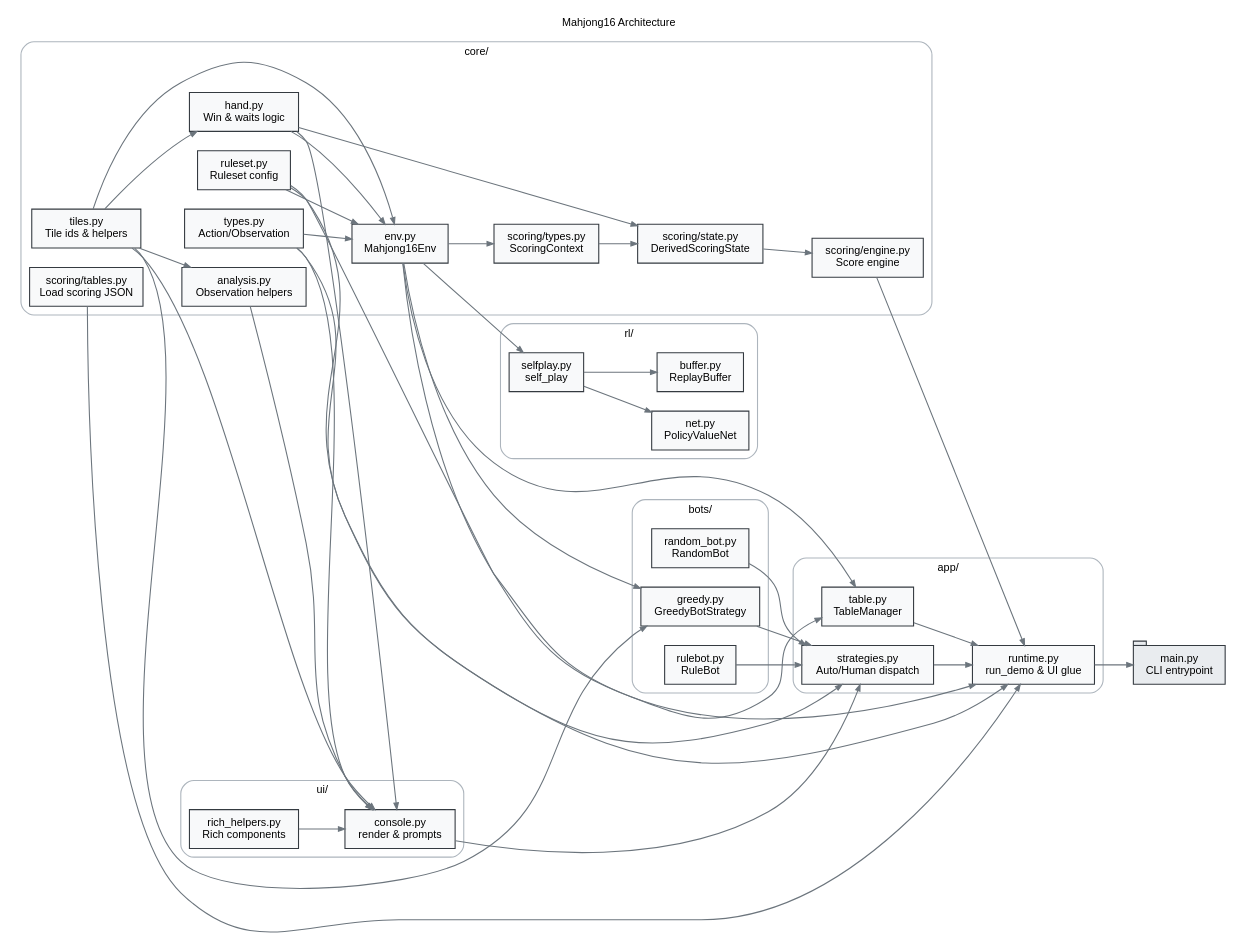
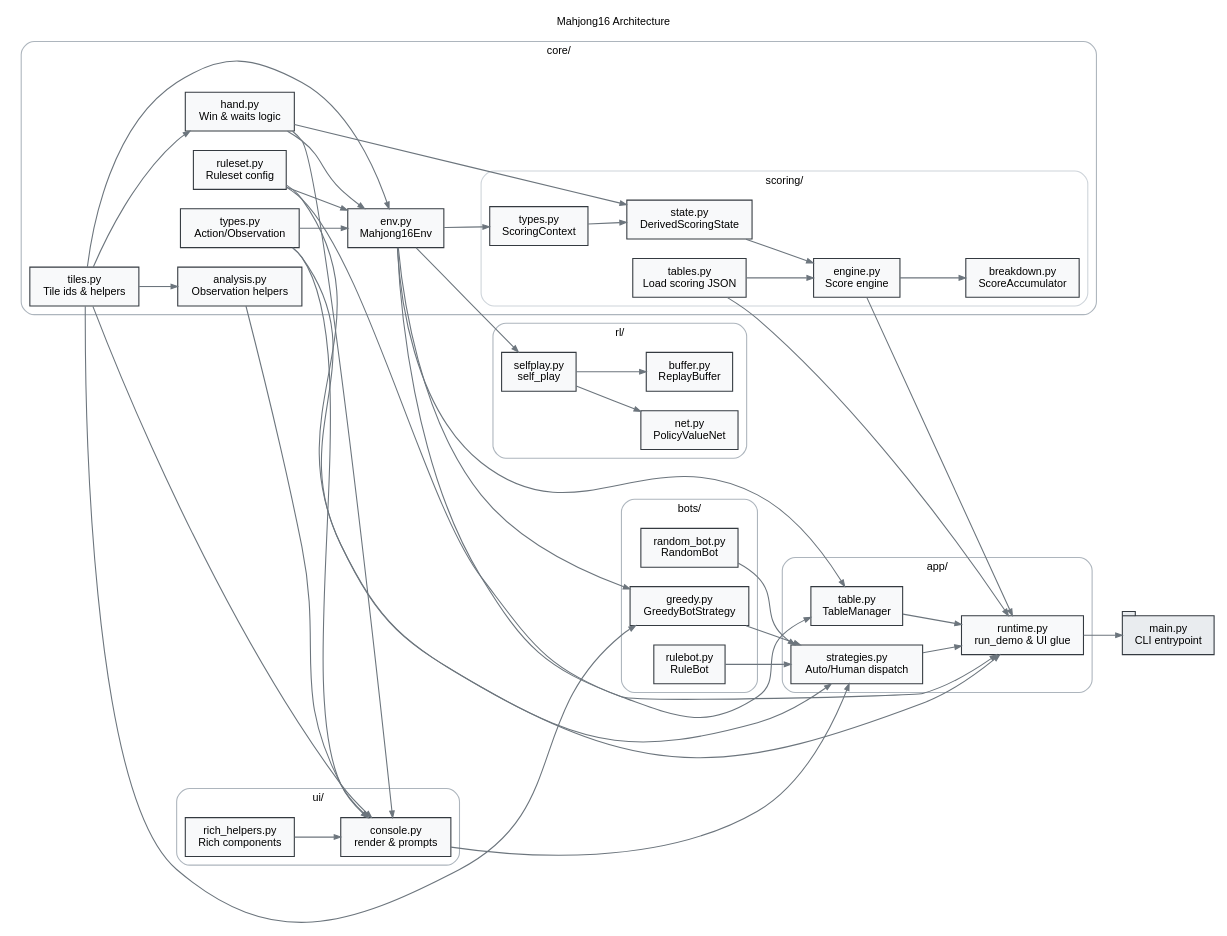
One commit to yuweiiihuang/mahjong16 changed the diagram in docs/architecture/diagram.gv. Above: the diagram before and after it, drawn with Graphviz. The commit also changed 1 other file, not shown here.

Commit message:
doc: update architecture diagram

```diff
--- a/docs/architecture/diagram.gv
+++ b/docs/architecture/diagram.gv
@@ -1,106 +1,117 @@
 // Graphviz diagram of Mahjong16 modules and dependencies
 digraph Mahjong16 {
     graph [rankdir=LR, fontsize=10, fontname="Helvetica", labelloc="t", label="Mahjong16 Architecture"];
     node [shape=box, fontsize=10, fontname="Helvetica", style="filled", fillcolor="#f8f9fa", color="#343a40"];
     edge [color="#6c757d", arrowsize=0.6];
 
     subgraph cluster_core {
         label = "core/";
         color = "#adb5bd";
         style = "rounded";
-        core_tiles     [label="tiles.py\nTile ids & helpers"];
-        core_ruleset   [label="ruleset.py\nRuleset config"];
-        core_types     [label="types.py\nAction/Observation"];
-        core_hand      [label="hand.py\nWin & waits logic"];
-        core_env       [label="env.py\nMahjong16Env"];
-        core_analysis  [label="analysis.py\nObservation helpers"];
-        core_sc_types  [label="scoring/types.py\nScoringContext"];
-        core_sc_state  [label="scoring/state.py\nDerivedScoringState"];
-        core_sc_engine [label="scoring/engine.py\nScore engine"];
-        core_sc_tables [label="scoring/tables.py\nLoad scoring JSON"];
+
+        core_tiles    [label="tiles.py\nTile ids & helpers"];
+        core_ruleset  [label="ruleset.py\nRuleset config"];
+        core_types    [label="types.py\nAction/Observation"];
+        core_hand     [label="hand.py\nWin & waits logic"];
+        core_env      [label="env.py\nMahjong16Env"];
+        core_analysis [label="analysis.py\nObservation helpers"];
+
+        subgraph cluster_core_scoring {
+            label = "scoring/";
+            color = "#ced4da";
+            style = "rounded";
+
+            core_sc_tables   [label="tables.py\nLoad scoring JSON"];
+            core_sc_types    [label="types.py\nScoringContext"];
+            core_sc_state    [label="state.py\nDerivedScoringState"];
+            core_sc_engine   [label="engine.py\nScore engine"];
+            core_sc_breakdown[label="breakdown.py\nScoreAccumulator"];
+        }
     }
 
     subgraph cluster_app {
         label = "app/";
         color = "#adb5bd";
         style = "rounded";
-        app_table    [label="table.py\nTableManager"];
-        app_strat    [label="strategies.py\nAuto/Human dispatch"];
-        app_runtime  [label="runtime.py\nrun_demo & UI glue"];
+        app_table   [label="table.py\nTableManager"];
+        app_strat   [label="strategies.py\nAuto/Human dispatch"];
+        app_runtime [label="runtime.py\nrun_demo & UI glue"];
     }
 
     subgraph cluster_ui {
         label = "ui/";
         color = "#adb5bd";
         style = "rounded";
         ui_console [label="console.py\nrender & prompts"];
         ui_helpers [label="rich_helpers.py\nRich components"];
     }
 
     subgraph cluster_bots {
         label = "bots/";
         color = "#adb5bd";
         style = "rounded";
         bot_rule   [label="rulebot.py\nRuleBot"];
         bot_random [label="random_bot.py\nRandomBot"];
         bot_greedy [label="greedy.py\nGreedyBotStrategy"];
     }
 
     subgraph cluster_rl {
         label = "rl/";
         color = "#adb5bd";
         style = "rounded";
         rl_selfplay [label="selfplay.py\nself_play"];
         rl_buffer   [label="buffer.py\nReplayBuffer"];
         rl_net      [label="net.py\nPolicyValueNet"];
     }
 
     main_cli [label="main.py\nCLI entrypoint", shape=tab, fillcolor="#e9ecef"];
 
     // Core dependencies
     core_tiles -> core_hand;
     core_tiles -> core_env;
     core_tiles -> core_analysis;
     core_tiles -> ui_console;
     core_tiles -> bot_greedy;
 
     core_ruleset -> core_env;
     core_ruleset -> app_table;
     core_ruleset -> app_runtime;
 
     core_types -> core_env;
     core_types -> ui_console;
     core_types -> app_strat;
 
     core_hand -> core_env;
     core_hand -> core_sc_state;
     core_hand -> ui_console;
 
     core_analysis -> ui_console;
 
     core_env -> app_table;
     core_env -> app_runtime;
     core_env -> core_sc_types;
     core_env -> bot_greedy;
     core_env -> rl_selfplay;
 
+    core_sc_tables -> app_runtime;
+    core_sc_tables -> core_sc_engine;
     core_sc_types -> core_sc_state;
     core_sc_state -> core_sc_engine;
     core_sc_engine -> app_runtime;
-    core_sc_tables -> app_runtime;
+    core_sc_engine -> core_sc_breakdown;
 
     ui_helpers -> ui_console;
 
     app_table -> app_runtime;
     app_strat -> app_runtime;
     ui_console -> app_strat;
 
     bot_rule -> app_strat;
     bot_random -> app_strat;
     bot_greedy -> app_strat;
 
     rl_selfplay -> rl_buffer;
     rl_selfplay -> rl_net;
 
     app_runtime -> main_cli;
 }
```
